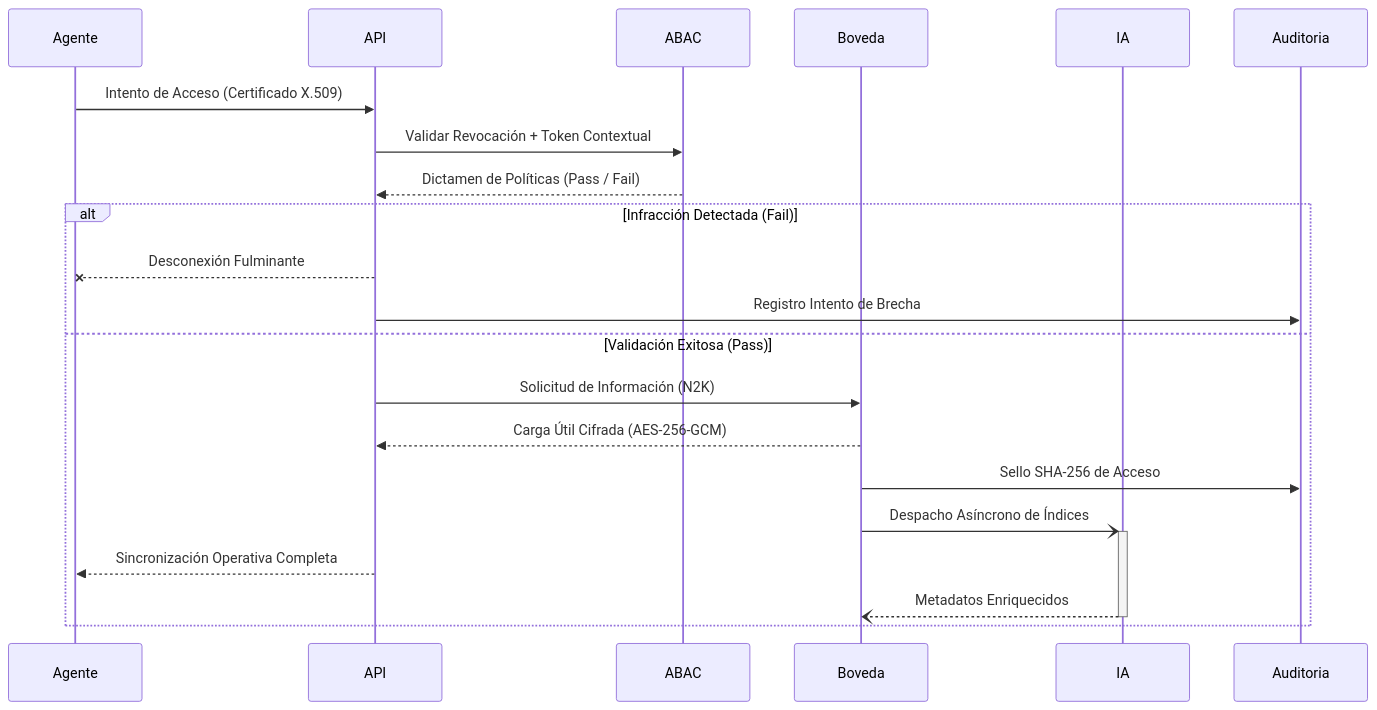
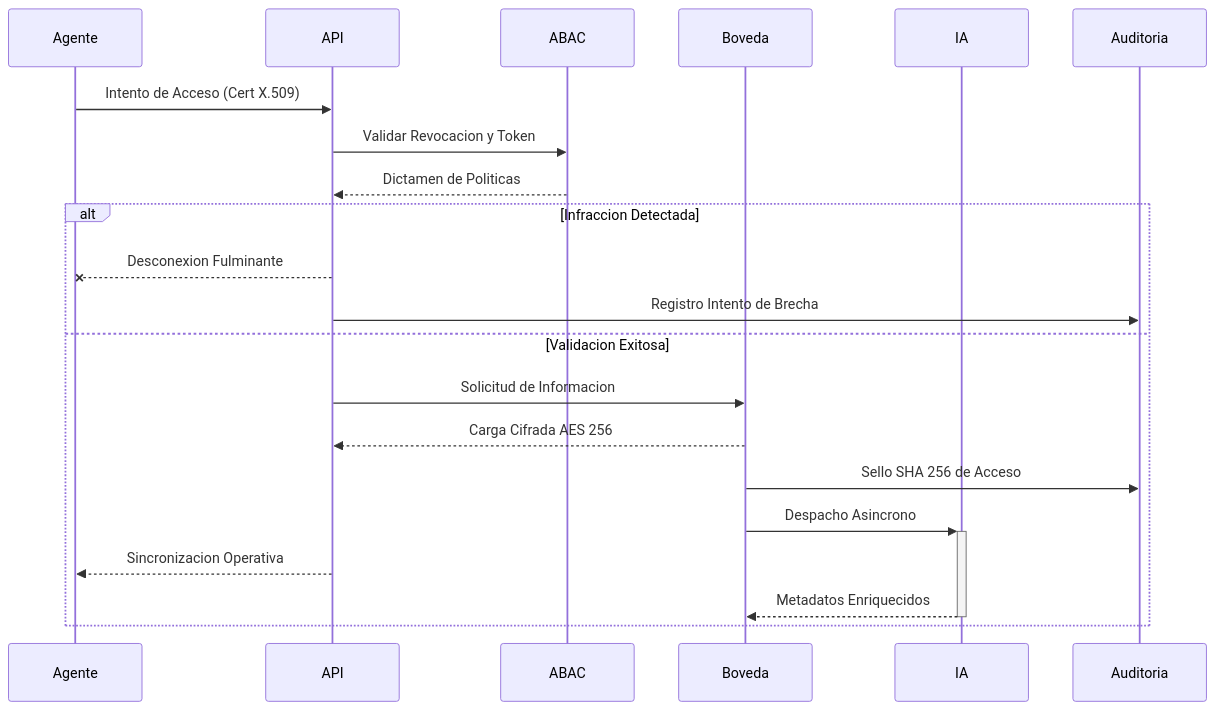
One commit to murdok1982/SpyManager changed the third of 3 diagrams in README.md. Above: the diagram before and after it, drawn with Mermaid. The commit also changed other lines of this file, not shown here.

Commit message:
fix: Corregir sintaxis de Mermaid en README.md para renderizado correcto

````diff
--- a/README.md
+++ b/README.md
@@ -107,25 +107,25 @@
 ```mermaid
 sequenceDiagram
     participant Agente
     participant API
     participant ABAC
     participant Boveda
     participant IA
     participant Auditoria
 
-    Agente->>API: Intento de Acceso (Certificado X.509)
-    API->>ABAC: Validar Revocación + Token Contextual
-    ABAC-->>API: Dictamen de Políticas (Pass / Fail)
+    Agente->>API: Intento de Acceso (Cert X.509)
+    API->>ABAC: Validar Revocacion y Token
+    ABAC-->>API: Dictamen de Politicas
     
-    alt Infracción Detectada (Fail)
-        API--xAgente: Desconexión Fulminante
+    alt Infraccion Detectada
+        API--xAgente: Desconexion Fulminante
         API->>Auditoria: Registro Intento de Brecha
-    else Validación Exitosa (Pass)
-        API->>Boveda: Solicitud de Información (N2K)
-        Boveda-->>API: Carga Útil Cifrada (AES-256-GCM)
-        Boveda->>Auditoria: Sello SHA-256 de Acceso
-        Boveda-)+IA: Despacho Asíncrono de Índices
-        API-->>Agente: Sincronización Operativa Completa
-        IA--)-Boveda: Metadatos Enriquecidos
+    else Validacion Exitosa
+        API->>Boveda: Solicitud de Informacion
+        Boveda-->>API: Carga Cifrada AES 256
+        Boveda->>Auditoria: Sello SHA 256 de Acceso
+        Boveda->>+IA: Despacho Asincrono
+        API-->>Agente: Sincronizacion Operativa
+        IA-->>-Boveda: Metadatos Enriquecidos
     end
 ```
````
